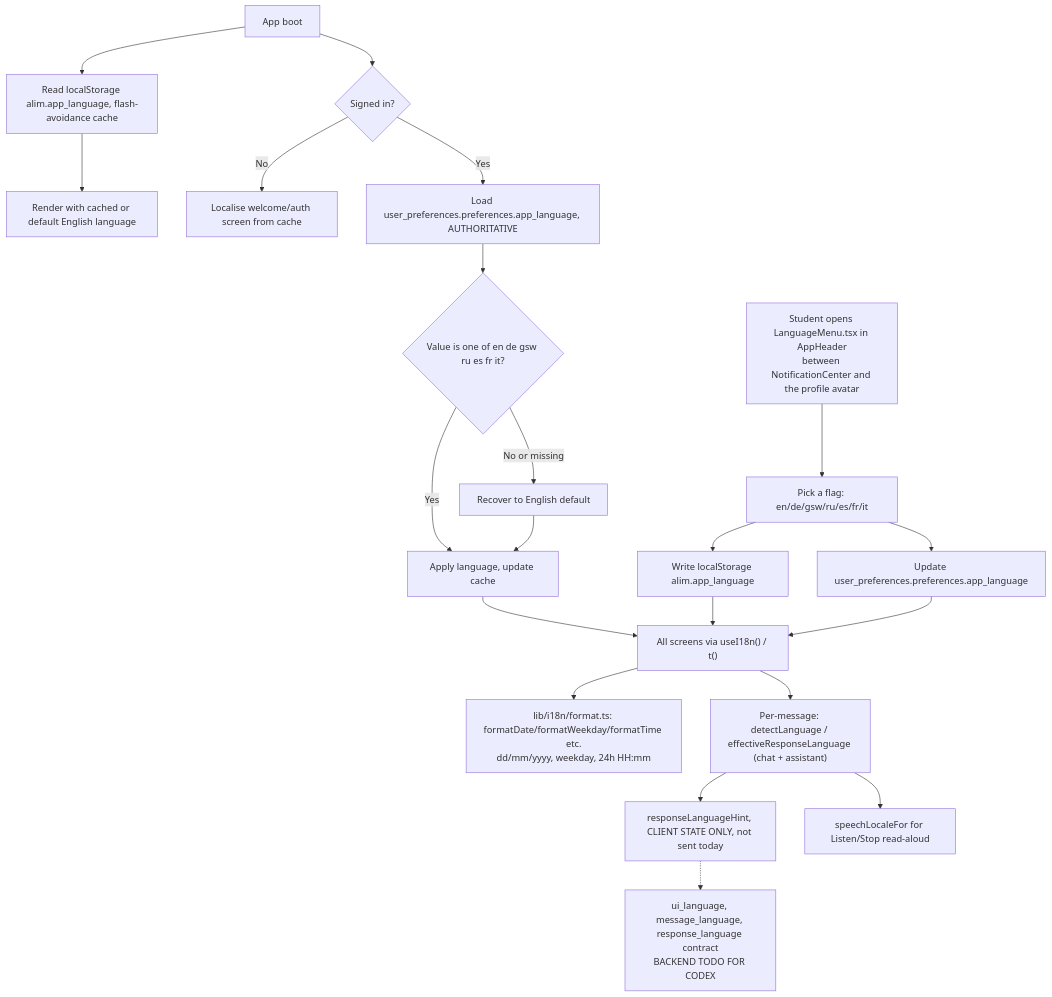
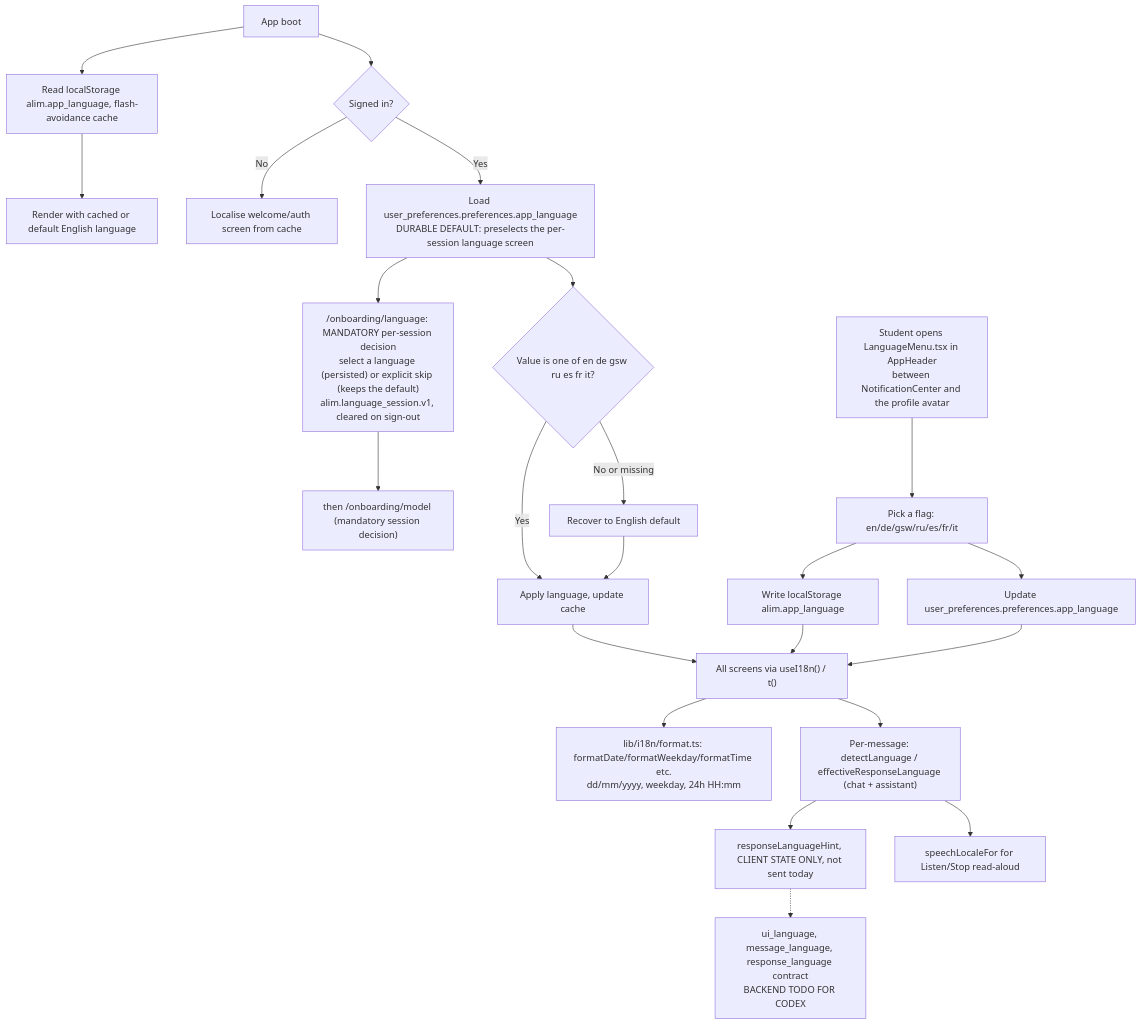
Before and after one commit to keyshavmor/study-swiss-star: the diagram in docs/wireframes/18-i18n-language.mmd, drawn with Mermaid. The commit also changed 4 other files, not shown here.

```diff
--- a/docs/wireframes/18-i18n-language.mmd
+++ b/docs/wireframes/18-i18n-language.mmd
@@ -1,22 +1,27 @@
 %% Seven-language i18n flow: languages.ts, detect.ts, format.ts, provider.ts.
 flowchart TD
   Boot["App boot"] --> Cache["Read localStorage alim.app_language, flash-avoidance cache"]
   Cache --> Render["Render with cached or default English language"]
   Boot --> AuthCheck{"Signed in?"}
   AuthCheck -->|No| WelcomeLocal["Localise welcome/auth screen from cache"]
-  AuthCheck -->|Yes| Load["Load user_preferences.preferences.app_language, AUTHORITATIVE"]
+  AuthCheck -->|Yes| Load["Load user_preferences.preferences.app_language<br/>DURABLE DEFAULT: preselects the per-session language screen"]
+  Load --> Decide["/onboarding/language: MANDATORY per-session decision<br/>select a language (persisted) or explicit skip (keeps the default)<br/>alim.language_session.v1, cleared on sign-out"]
+  Decide --> NextGate["then /onboarding/model (mandatory session decision)"]
   Load --> Valid{"Value is one of en de gsw ru es fr it?"}
   Valid -->|Yes| Apply["Apply language, update cache"]
   Valid -->|No or missing| English["Recover to English default"]
   English --> Apply
   Apply --> UI["All screens via useI18n() / t()"]
   Change["Student opens LanguageMenu.tsx in AppHeader<br/>between NotificationCenter and the profile avatar"] --> Pick["Pick a flag: en/de/gsw/ru/es/fr/it"]
   Pick --> WriteCache["Write localStorage alim.app_language"]
   Pick --> WriteDB["Update user_preferences.preferences.app_language"]
   WriteCache --> UI
   WriteDB --> UI
   UI --> Format["lib/i18n/format.ts: formatDate/formatWeekday/formatTime etc.<br/>dd/mm/yyyy, weekday, 24h HH:mm"]
   UI --> Detect["Per-message: detectLanguage / effectiveResponseLanguage (chat + assistant)"]
   Detect --> Hint["responseLanguageHint, CLIENT STATE ONLY, not sent today"]
   Detect --> SpeechLocale["speechLocaleFor for Listen/Stop read-aloud"]
   Hint -.-> FutureContract["ui_language, message_language, response_language contract<br/>BACKEND TODO FOR CODEX"]
+%% CURRENT (2026-09-17): language_onboarding_completed is LEGACY metadata; the
+%% language screen appears once per browser session and is the first gate after
+%% compliance. Canonical: docs/sequences/LANGUAGE_ONBOARDING.mmd
```
